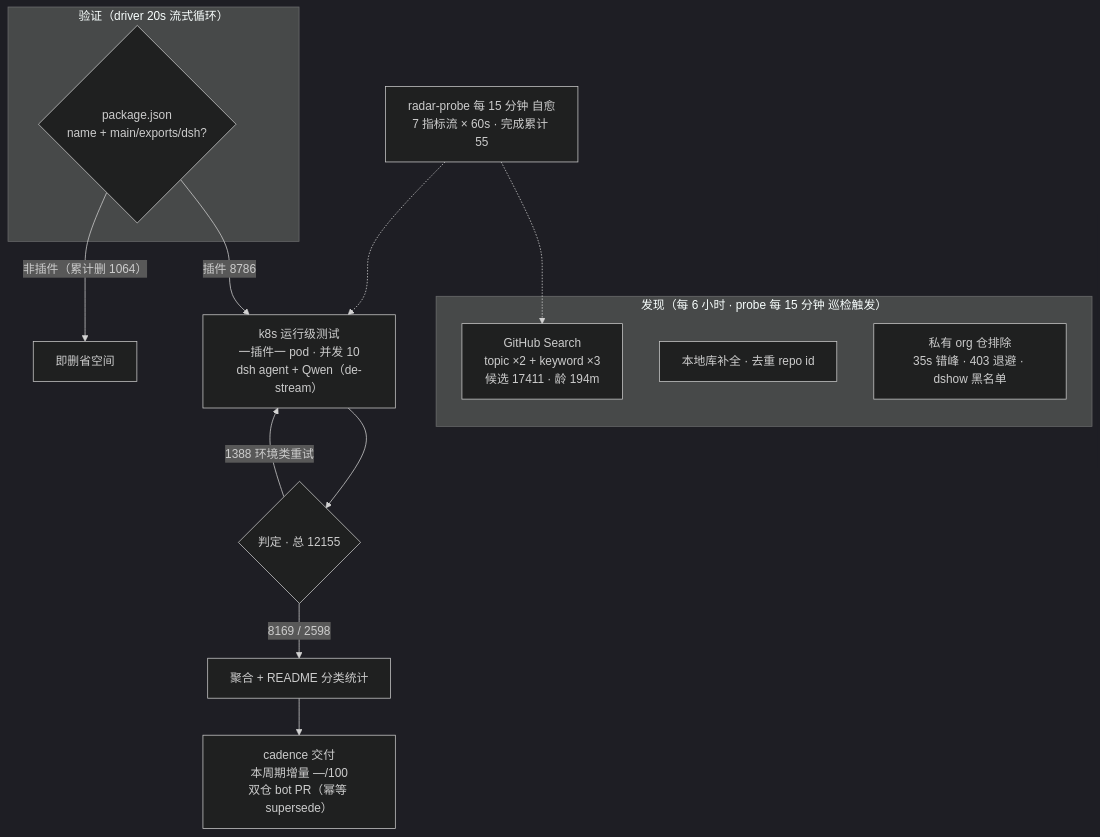
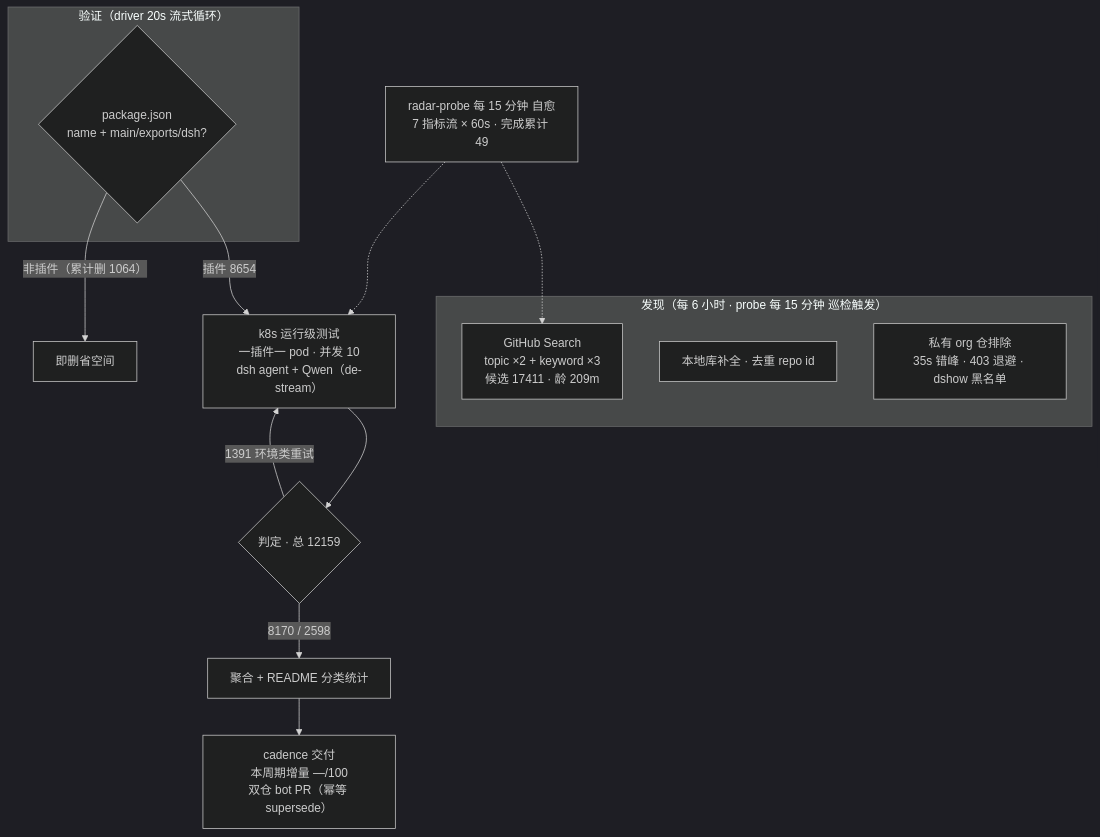
The diagram in README.md (Zhidao-Lab-OSS/awesome-dsh-plugins), drawn with Mermaid (dark theme) before and after one commit. The commit also changed other lines of this file and 1 other file, not shown here.

````diff
--- a/README.md
+++ b/README.md
@@ -52,20 +52,20 @@
 ```mermaid
 flowchart TB
     subgraph Discovery["发现（每 6 小时 · probe 每 15 分钟 巡检触发）"]
-        A1["GitHub Search<br/>topic ×2 + keyword ×3<br/>候选 17411 · 龄 194m"]
+        A1["GitHub Search<br/>topic ×2 + keyword ×3<br/>候选 17411 · 龄 209m"]
         A2["本地库补全 · 去重 repo id"]
         A3["私有 org 仓排除<br/>35s 错峰 · 403 退避 · dshow 黑名单"]
     end
     subgraph Validation["验证（driver 20s 流式循环）"]
         B1{"package.json<br/>name + main/exports/dsh?"}
     end
-    B1 -->|"插件 8786"| C1["k8s 运行级测试<br/>一插件一 pod · 并发 10<br/>dsh agent + Qwen（de-stream）"]
+    B1 -->|"插件 8654"| C1["k8s 运行级测试<br/>一插件一 pod · 并发 10<br/>dsh agent + Qwen（de-stream）"]
     B1 -->|"非插件（累计删 1064）"| B3["即删省空间"]
-    C1 --> D1{"判定 · 总 12155"}
-    D1 -->|"8169 / 2598"| E1["聚合 + README 分类统计"]
-    D1 -->|"1388 环境类重试"| C1
+    C1 --> D1{"判定 · 总 12159"}
+    D1 -->|"8170 / 2598"| E1["聚合 + README 分类统计"]
+    D1 -->|"1391 环境类重试"| C1
     E1 --> E2["cadence 交付<br/>本周期增量 —/100<br/>双仓 bot PR（幂等 supersede）"]
-    M["radar-probe 每 15 分钟 自愈<br/>7 指标流 × 60s · 完成累计 55"]
+    M["radar-probe 每 15 分钟 自愈<br/>7 指标流 × 60s · 完成累计 49"]
     M -.-> A1
     M -.-> C1
 ```
````
